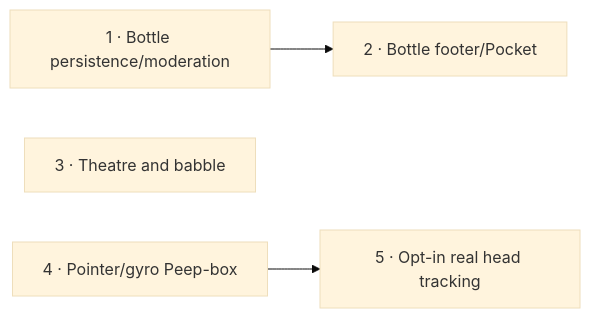
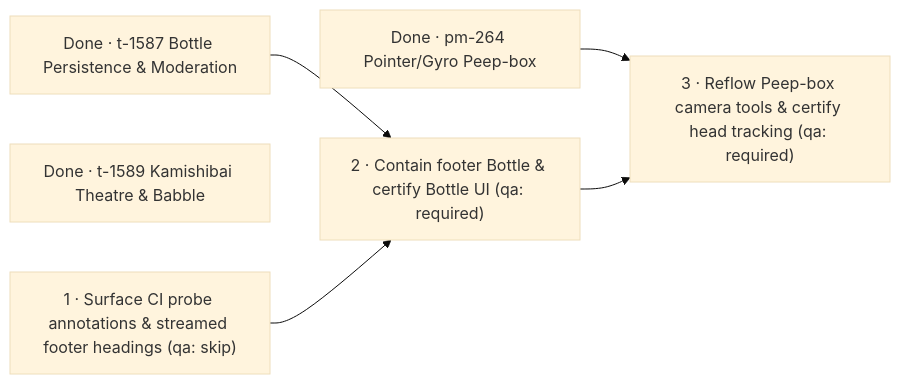
Before and after one commit to quiinthieu/otohime: the diagram in projects/otohime-dev-three-paper-and-ink-toys-that-lean-into-the-uras/plan.md, drawn with Mermaid (base theme). The commit also changed other lines of this file and 3 other files, not shown here.

Commit message:
pm-269/plan: Replan CI probe annotations, footer Bottle containment and camera zoom reflow

````diff
--- a/projects/otohime-dev-three-paper-and-ink-toys-that-lean-into-the-uras/plan.md
+++ b/projects/otohime-dev-three-paper-and-ink-toys-that-lean-into-the-uras/plan.md
@@ -69,6 +48,12 @@
 ```mermaid
 flowchart LR
-  T1["1 · Bottle persistence/moderation"] --> T2["2 · Bottle footer/Pocket"]
-  T3["3 · Theatre and babble"]
-  T4["4 · Pointer/gyro Peep-box"] --> T5["5 · Opt-in real head tracking"]
+  D1["Done · pm-264 Pointer/Gyro Peep-box"]
+  D2["Done · t-1587 Bottle Persistence & Moderation"]
+  D3["Done · t-1589 Kamishibai Theatre & Babble"]
+  T1["1 · Surface CI probe annotations & streamed footer headings (qa: skip)"]
+  T2["2 · Contain footer Bottle & certify Bottle UI (qa: required)"]
+  T3["3 · Reflow Peep-box camera tools & certify head tracking (qa: required)"]
+  D2 --> T2
+  D1 --> T3
+  T1 --> T2 --> T3
 ```
````
